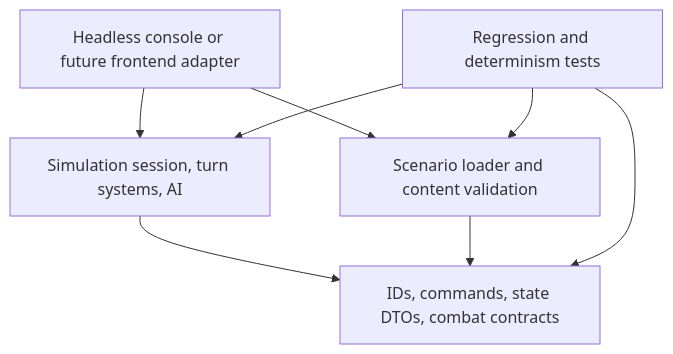
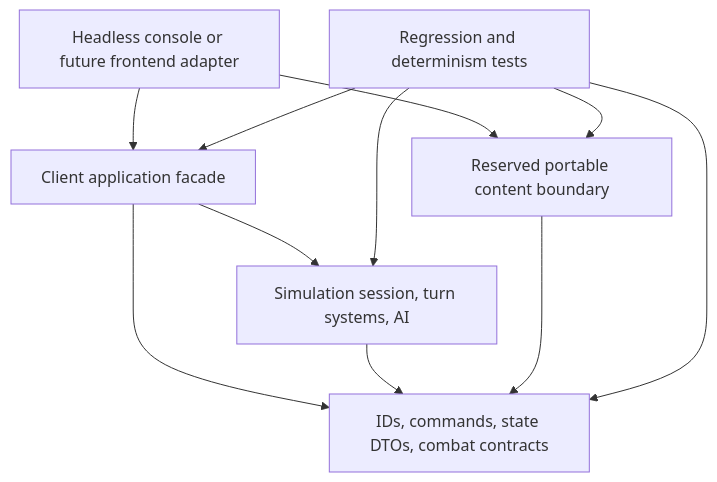
The first of 2 diagrams in docs/architecture.md (AndreBal1983/HobbyDS9), drawn with Mermaid before and after one commit. The commit also changed other lines of this file and 12 other files, not shown here.

Commit message:
Add portable campaign application facade and detached client projections

````diff
--- a/docs/architecture.md
+++ b/docs/architecture.md
@@ -29,15 +30,19 @@
 ```mermaid
 flowchart TD
     Host[Headless console or future frontend adapter]
-    Scenarios[Scenario loader and content validation]
+    Scenarios[Reserved portable content boundary]
     Simulation[Simulation session, turn systems, AI]
     Contracts[IDs, commands, state DTOs, combat contracts]
     Tests[Regression and determinism tests]
-    Host --> Simulation
+    Application[Client application facade]
+    Host --> Application
+    Application --> Simulation
+    Application --> Contracts
     Host --> Scenarios
     Simulation --> Contracts
     Scenarios --> Contracts
+    Tests --> Application
     Tests --> Simulation
     Tests --> Scenarios
     Tests --> Contracts
 ```
````
